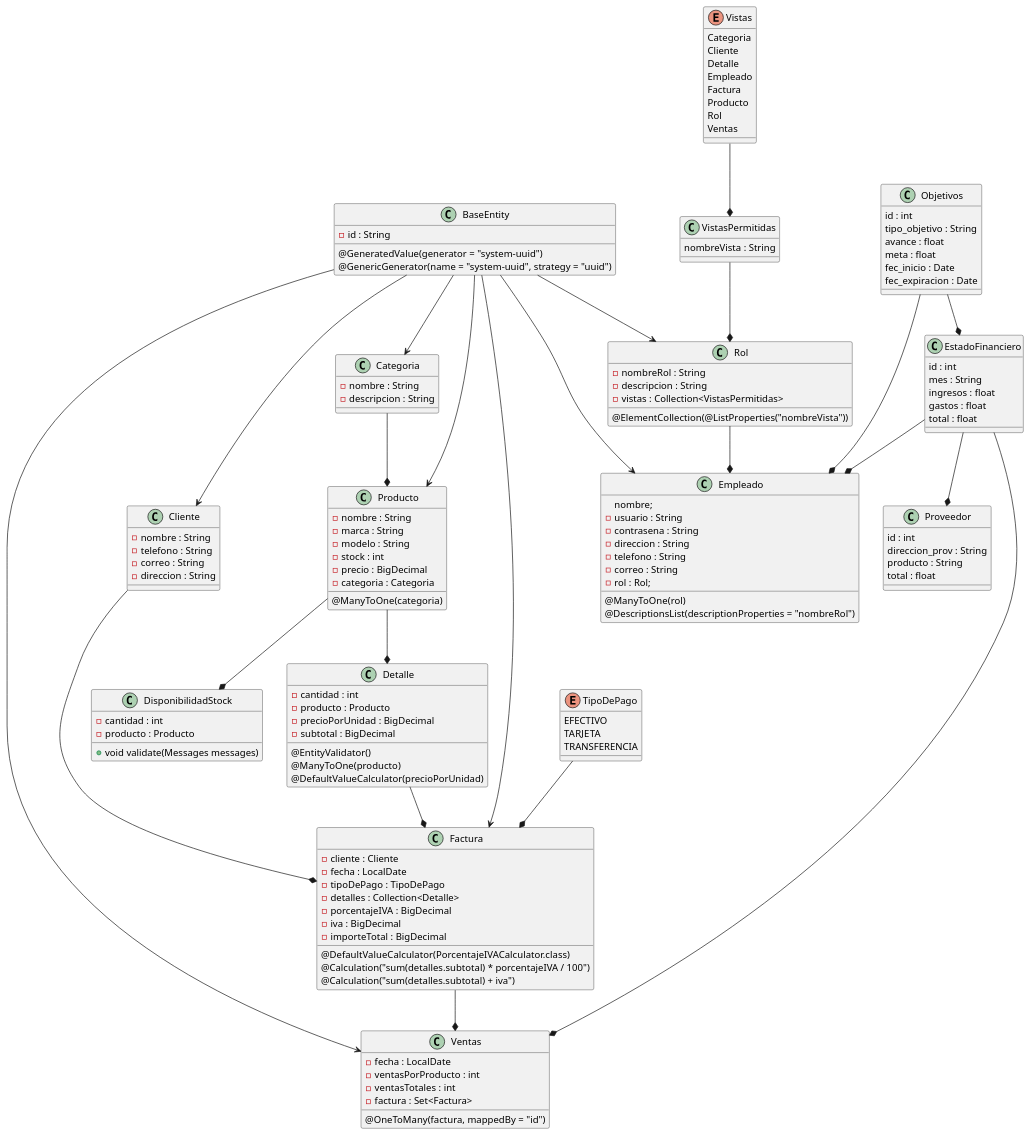
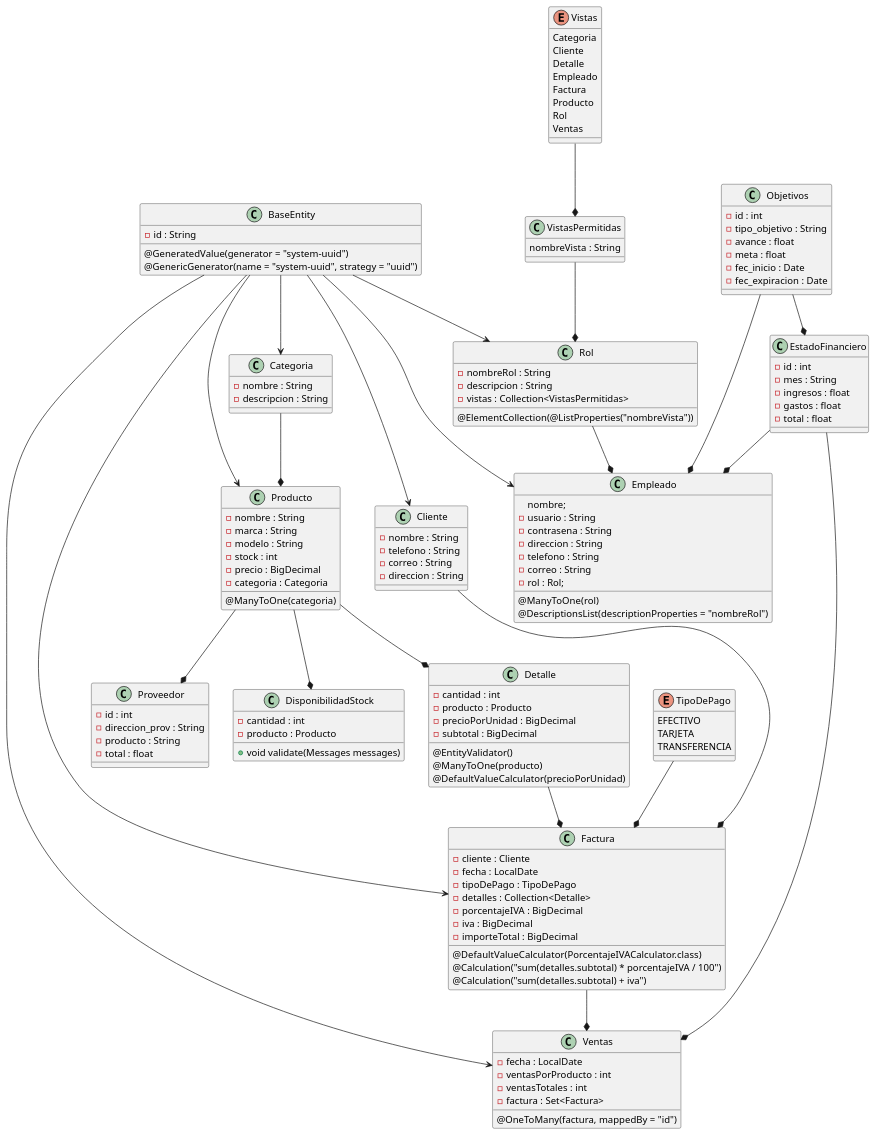
The diagram in DiagramaClases.puml (Janordonez/TechZone), drawn with PlantUML before and after one commit. The commit also changed 82 other files, not shown here.

```diff
--- a/DiagramaClases.puml
+++ b/DiagramaClases.puml
@@ -1,183 +1,183 @@
 @startuml
 
 class BaseEntity
 {
 @GeneratedValue(generator = "system-uuid")
 @GenericGenerator(name = "system-uuid", strategy = "uuid")
 - id : String
 }
 
 class Categoria
 {
 - nombre : String
 - descripcion : String
 }
 
 class Cliente
 {
 - nombre : String
 - telefono : String
 - correo : String
 - direccion : String
 }
 
 class Detalle
 {
 @EntityValidator()
 - cantidad : int
 @ManyToOne(producto)
 - producto : Producto
 @DefaultValueCalculator(precioPorUnidad)
 - precioPorUnidad : BigDecimal
 - subtotal : BigDecimal
 }
 
 class Empleado
 {
 nombre;
 - usuario : String
 - contrasena : String
 - direccion : String
 - telefono : String
 - correo : String
 @ManyToOne(rol)
 @DescriptionsList(descriptionProperties = "nombreRol")
 - rol : Rol;
 }
 
 class Factura
 {
 - cliente : Cliente
 - fecha : LocalDate
 - tipoDePago : TipoDePago
 - detalles : Collection<Detalle>
 @DefaultValueCalculator(PorcentajeIVACalculator.class)
 - porcentajeIVA : BigDecimal
 @Calculation("sum(detalles.subtotal) * porcentajeIVA / 100")
 - iva : BigDecimal
 @Calculation("sum(detalles.subtotal) + iva")
 - importeTotal : BigDecimal
 }
 
 class Producto
 {
 - nombre : String
 - marca : String
 - modelo : String
 - stock : int
 - precio : BigDecimal
 @ManyToOne(categoria)
 - categoria : Categoria
 }
 
 class Rol
 {
 - nombreRol : String
 - descripcion : String
 @ElementCollection(@ListProperties("nombreVista"))
 - vistas : Collection<VistasPermitidas>
 }
 
 enum TipoDePago
 {
 EFECTIVO
 TARJETA
 TRANSFERENCIA
 }
 
 class Ventas
 {
 - fecha : LocalDate
 - ventasPorProducto : int
 - ventasTotales : int
 @OneToMany(factura, mappedBy = "id")
 - factura : Set<Factura>
 }
 
 enum Vistas
 {
 Categoria
 Cliente
 Detalle
 Empleado
 Factura
 Producto
 Rol
 Ventas
 }
 
 class VistasPermitidas
 {
 nombreVista : String
 }
 
 class DisponibilidadStock
 {
 - cantidad : int
 - producto : Producto
 + void validate(Messages messages)
 }
 
 class Objetivos
 {
-id : int
-tipo_objetivo : String
-avance : float
-meta : float
-fec_inicio : Date
-fec_expiracion : Date
+- id : int
+- tipo_objetivo : String
+- avance : float
+- meta : float
+- fec_inicio : Date
+- fec_expiracion : Date
 }
 
 class EstadoFinanciero
 {
-id : int
-mes : String
-ingresos : float
-gastos : float
-total : float
+- id : int
+- mes : String
+- ingresos : float
+- gastos : float
+- total : float
 }
 
 class Proveedor
 {
-id : int
-direccion_prov : String
-producto : String
-total : float
+- id : int
+- direccion_prov : String
+- producto : String
+- total : float
 }
 
 BaseEntity --> Categoria
 BaseEntity --> Cliente
 BaseEntity --> Empleado
 BaseEntity --> Factura
 BaseEntity --> Producto
 BaseEntity --> Rol
 BaseEntity --> Ventas
 
 Categoria --* Producto
 
 Cliente --* Factura
 
 Detalle --* Factura
 
 Producto --* Detalle
 Producto --* DisponibilidadStock
+Producto --* Proveedor
 
 Factura --* Ventas
 
 Rol --* Empleado
 
 TipoDePago --* Factura
 
 VistasPermitidas --* Rol
 
 Vistas --* VistasPermitidas
 
 Objetivos --* Empleado
 Objetivos --* EstadoFinanciero
 
-EstadoFinanciero --* Proveedor
 EstadoFinanciero --* Ventas
 EstadoFinanciero --* Empleado
 
 
 @enduml
```
